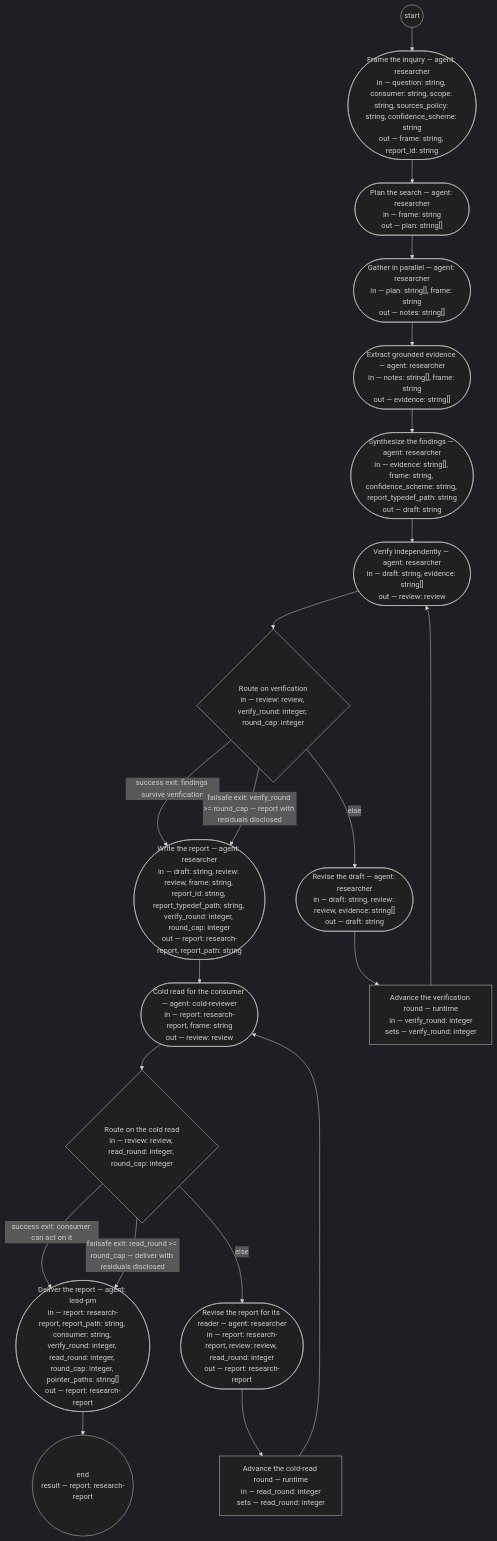
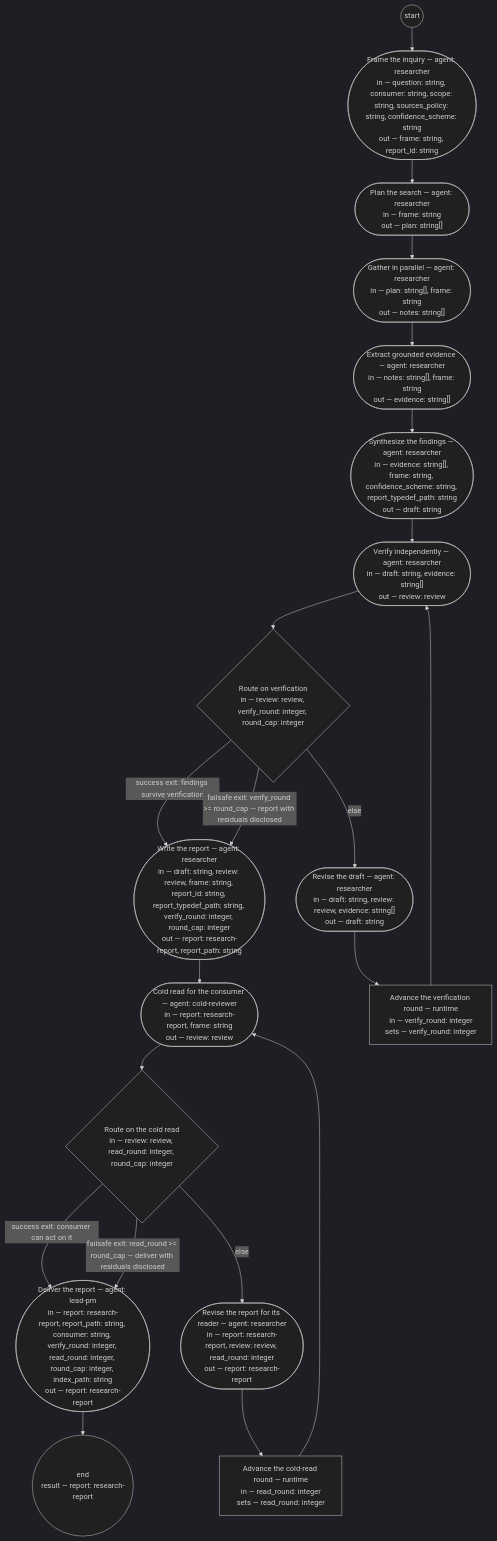
Before and after one commit to dstengle/shopsystem-product: the diagram in basis/processes/research-inquiry.md, drawn with Mermaid (dark theme). The commit also changed other lines of this file and 6 other files, not shown here.

Commit message:
Research index artifact: research-index typedef; README research section removed; role, process, and report typedef register reports in main:research/index.md; primer names the index

````diff
--- a/basis/processes/research-inquiry.md
+++ b/basis/processes/research-inquiry.md
@@ -73,39 +73,39 @@
 ```mermaid
 flowchart TD
   frame(["Frame the inquiry — agent: researcher<br/>in — question: string, consumer: string, scope: string, sources_policy: string, confidence_scheme: string<br/>out — frame: string, report_id: string"])
   plan(["Plan the search — agent: researcher<br/>in — frame: string<br/>out — plan: string[]"])
   gather(["Gather in parallel — agent: researcher<br/>in — plan: string[], frame: string<br/>out — notes: string[]"])
   extract(["Extract grounded evidence — agent: researcher<br/>in — notes: string[], frame: string<br/>out — evidence: string[]"])
   synthesize(["Synthesize the findings — agent: researcher<br/>in — evidence: string[], frame: string, confidence_scheme: string, report_typedef_path: string<br/>out — draft: string"])
   verify(["Verify independently — agent: researcher<br/>in — draft: string, evidence: string[]<br/>out — review: review"])
   route_verify{"Route on verification<br/>in — review: review, verify_round: integer, round_cap: integer"}
   revise(["Revise the draft — agent: researcher<br/>in — draft: string, review: review, evidence: string[]<br/>out — draft: string"])
   advance_round["Advance the verification round — runtime<br/>in — verify_round: integer<br/>sets — verify_round: integer"]
   report(["Write the report — agent: researcher<br/>in — draft: string, review: review, frame: string, report_id: string, report_typedef_path: string, verify_round: integer, round_cap: integer<br/>out — report: research-report, report_path: string"])
   cold_read(["Cold read for the consumer — agent: cold-reviewer<br/>in — report: research-report, frame: string<br/>out — review: review"])
   route_read{"Route on the cold read<br/>in — review: review, read_round: integer, round_cap: integer"}
   revise_report(["Revise the report for its reader — agent: researcher<br/>in — report: research-report, review: review, read_round: integer<br/>out — report: research-report"])
   advance_round_read["Advance the cold-read round — runtime<br/>in — read_round: integer<br/>sets — read_round: integer"]
-  deliver(["Deliver the report — agent: lead-pm<br/>in — report: research-report, report_path: string, consumer: string, verify_round: integer, read_round: integer, round_cap: integer, pointer_paths: string[]<br/>out — report: research-report"])
+  deliver(["Deliver the report — agent: lead-pm<br/>in — report: research-report, report_path: string, consumer: string, verify_round: integer, read_round: integer, round_cap: integer, index_path: string<br/>out — report: research-report"])
   __end(("end<br/>result — report: research-report"))
   __start(("start")) --> frame
   frame --> plan
   plan --> gather
   gather --> extract
   extract --> synthesize
   synthesize --> verify
   verify --> route_verify
   route_verify -->|success exit: findings survive verification| report
   route_verify -->|failsafe exit: verify_round >= round_cap — report with residuals disclosed| report
   route_verify -->|else| revise
   revise --> advance_round
   advance_round --> verify
   report --> cold_read
   cold_read --> route_read
   route_read -->|success exit: consumer can act on it| deliver
   route_read -->|failsafe exit: read_round >= round_cap — deliver with residuals disclosed| deliver
   route_read -->|else| revise_report
   revise_report --> advance_round_read
   advance_round_read --> cold_read
   deliver --> __end
 ```
````
